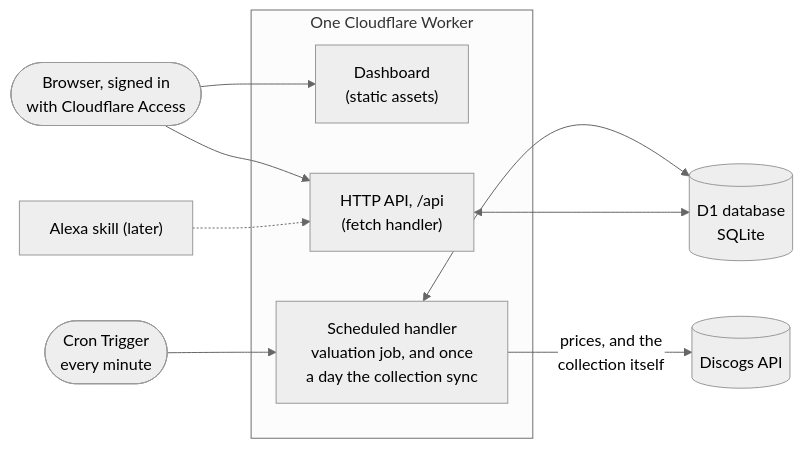
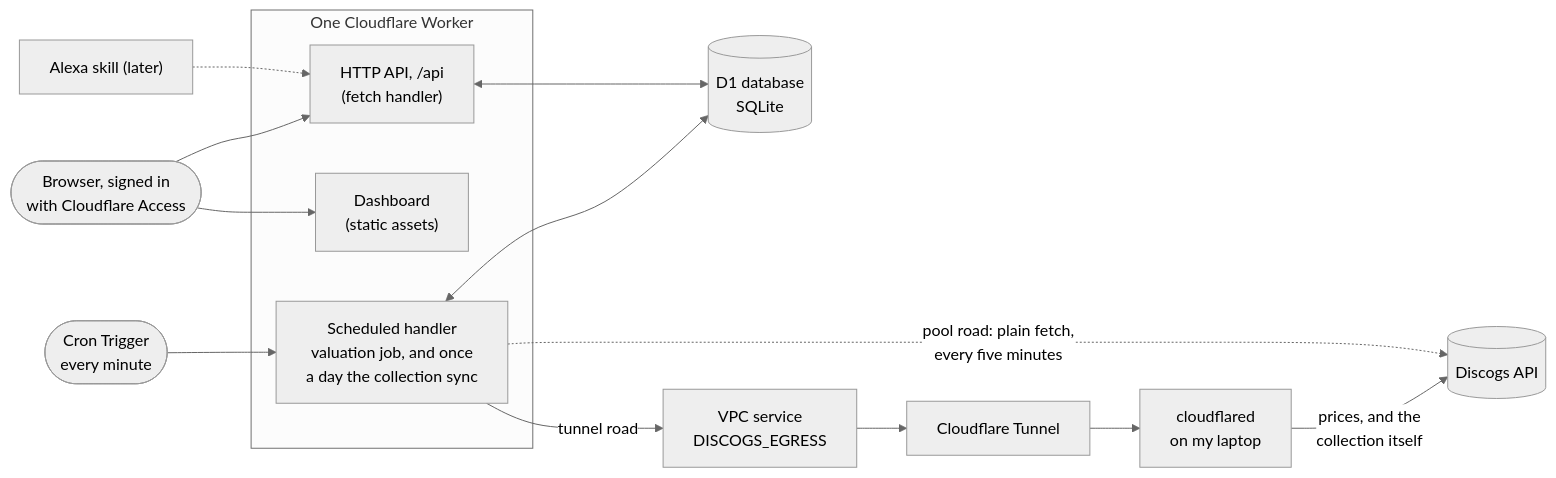
The diagram in README.md (JakubMini/vinyl-value-vault), drawn with Mermaid (neutral theme) before and after one commit. The commit also changed other lines of this file and 17 other files, not shown here.

````diff
--- a/README.md
+++ b/README.md
@@ -21,14 +21,17 @@
 ```mermaid
 flowchart LR
   browser(["Browser, signed in<br/>with Cloudflare Access"]) --> assets & api
   cron([Cron Trigger<br/>every minute]) --> job
   subgraph worker["One Cloudflare Worker"]
     assets["Dashboard<br/>(static assets)"]
     api["HTTP API, /api<br/>(fetch handler)"]
     job["Scheduled handler<br/>valuation job, and once<br/>a day the collection sync"]
   end
-  job -->|"prices, and the<br/>collection itself"| discogs[("Discogs API")]
+  job -->|"tunnel road"| egress["VPC service<br/>DISCOGS_EGRESS"]
+  egress --> tunnel["Cloudflare Tunnel"] --> laptop["cloudflared<br/>on my laptop"]
+  laptop -->|"prices, and the<br/>collection itself"| discogs[("Discogs API")]
+  job -.->|"pool road: plain fetch,<br/>every five minutes"| discogs
   job <--> d1[("D1 database<br/>SQLite")]
   api <--> d1
   alexa["Alexa skill (later)"] -.-> api
 ```
````
